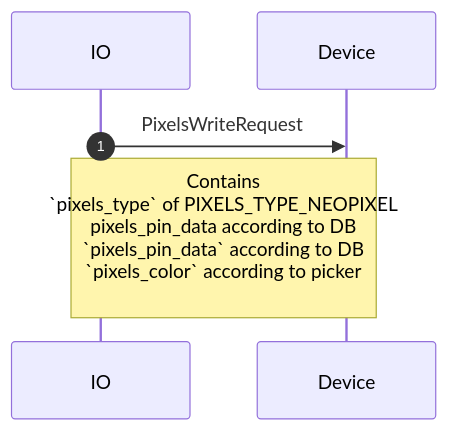
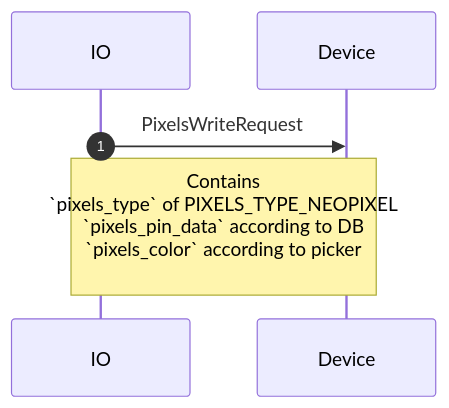
Before and after one commit to adafruit/Wippersnapper_Protobuf: the second of 10 diagrams in proto/wippersnapper/pixels/v1/pixels.md, drawn with Mermaid.

Commit message:
one more typo

````diff
--- a/proto/wippersnapper/pixels/v1/pixels.md
+++ b/proto/wippersnapper/pixels/v1/pixels.md
@@ -26,6 +26,6 @@
 ```mermaid
 sequenceDiagram
 autonumber
 IO->>Device: PixelsWriteRequest
-Note over IO, Device: Contains<br> `pixels_type` of PIXELS_TYPE_NEOPIXEL<br>pixels_pin_data according to DB<br>`pixels_pin_data` according to DB<br>`pixels_color` according to picker<br>
+Note over IO, Device: Contains<br> `pixels_type` of PIXELS_TYPE_NEOPIXEL<br>`pixels_pin_data` according to DB<br>`pixels_color` according to picker<br>
 ```
````
